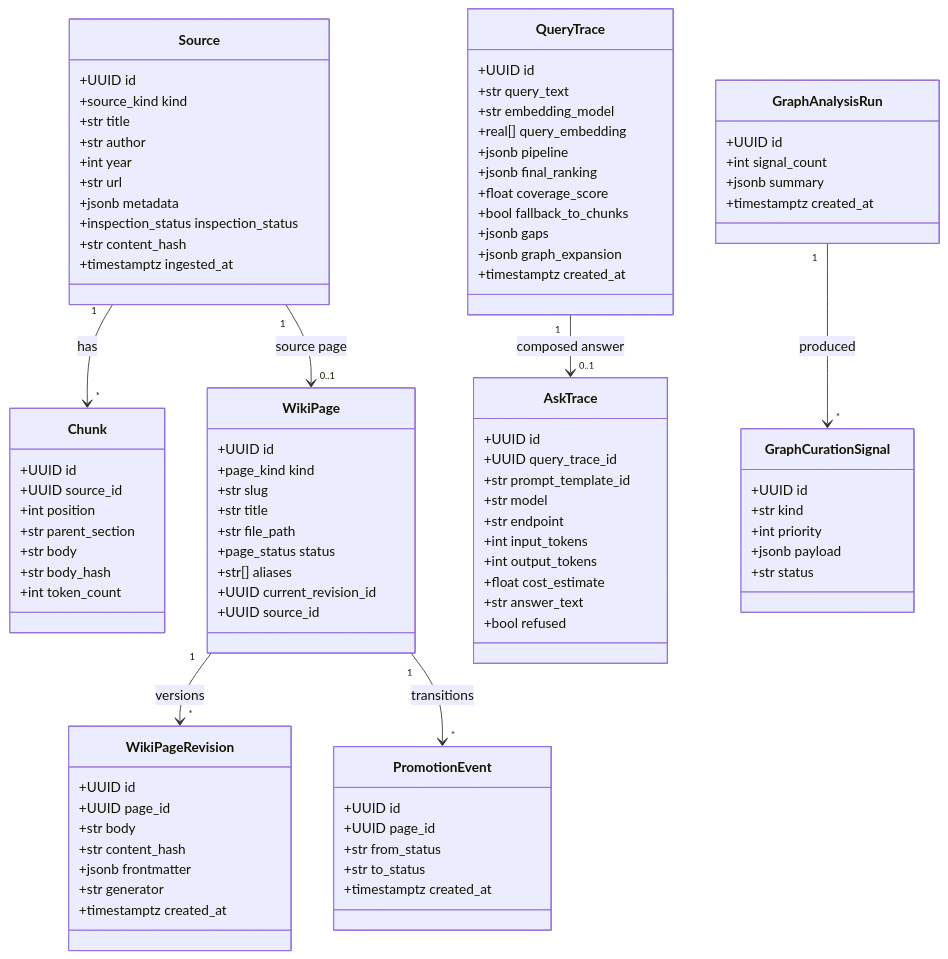
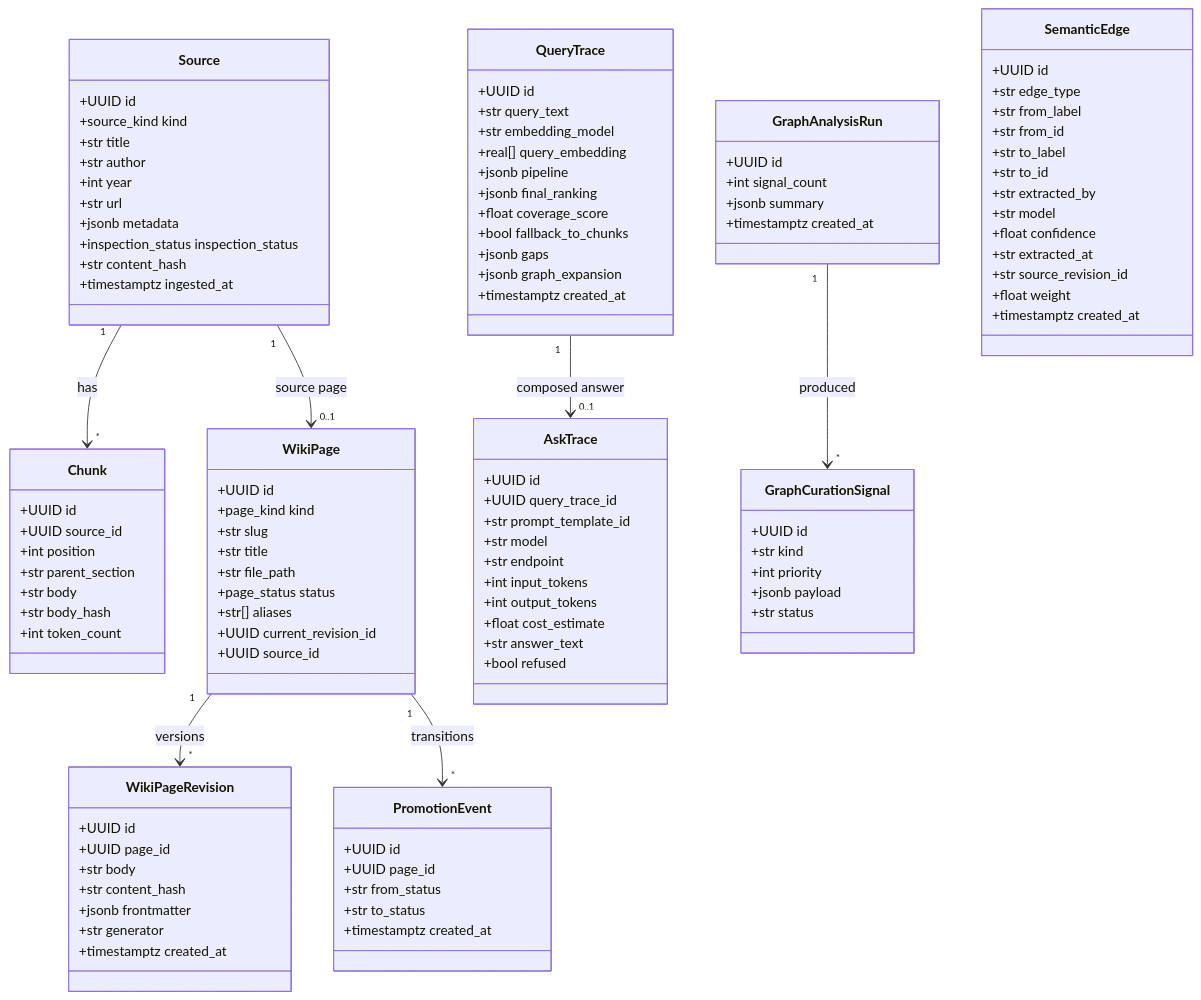
The first of 2 diagrams in docs/architecture/uml-data-model.md (GTuritto/compendium), drawn with Mermaid before and after one commit. The commit also changed other lines of this file and 4 other files, not shown here.

```diff
--- a/docs/architecture/uml-data-model.md
+++ b/docs/architecture/uml-data-model.md
@@ -96,6 +96,21 @@
     +jsonb summary
     +timestamptz created_at
   }
+  class SemanticEdge {
+    +UUID id
+    +str edge_type
+    +str from_label
+    +str from_id
+    +str to_label
+    +str to_id
+    +str extracted_by
+    +str model
+    +float confidence
+    +str extracted_at
+    +str source_revision_id
+    +float weight
+    +timestamptz created_at
+  }
 
   Source "1" --> "*" Chunk : has
   Source "1" --> "0..1" WikiPage : source page
```
